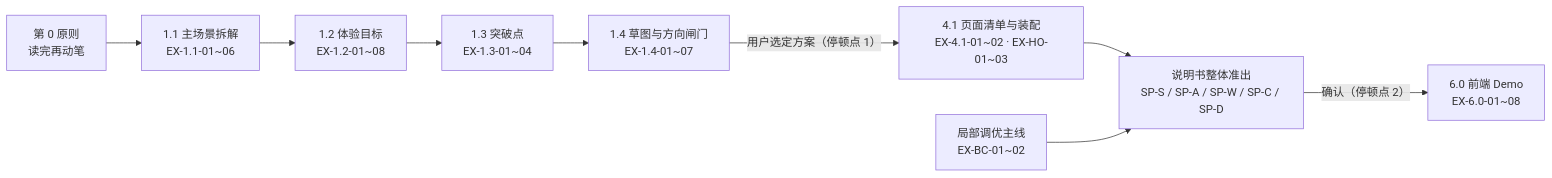
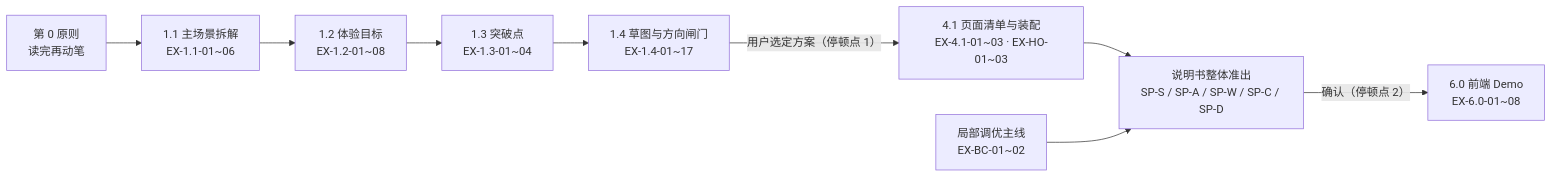
Before and after one commit to wangjue2026/skill-designer-prism: the diagram in 04-workflows-and-cases/准出门禁总表.md, drawn with Mermaid. The commit also changed other lines of this file and 18 other files, not shown here.

First line of the commit message:
feat(handoff): 草图占位升级为可交接契约，门禁贯通到说明书线框

````diff
--- a/04-workflows-and-cases/准出门禁总表.md
+++ b/04-workflows-and-cases/准出门禁总表.md
@@ -19,11 +19,11 @@
 ```mermaid
 graph LR
   R["第 0 原则<br/>读完再动笔"] --> A1["1.1 主场景拆解<br/>EX-1.1-01~06"]
   A1 --> A2["1.2 体验目标<br/>EX-1.2-01~08"]
   A2 --> A3["1.3 突破点<br/>EX-1.3-01~04"]
-  A3 --> A4["1.4 草图与方向闸门<br/>EX-1.4-01~07"]
-  A4 -->|"用户选定方案（停顿点 1）"| A41["4.1 页面清单与装配<br/>EX-4.1-01~02 · EX-HO-01~03"]
+  A3 --> A4["1.4 草图与方向闸门<br/>EX-1.4-01~17"]
+  A4 -->|"用户选定方案（停顿点 1）"| A41["4.1 页面清单与装配<br/>EX-4.1-01~03 · EX-HO-01~03"]
   A41 --> SP["说明书整体准出<br/>SP-S / SP-A / SP-W / SP-C / SP-D"]
   SP -->|"确认（停顿点 2）"| C["6.0 前端 Demo<br/>EX-6.0-01~08"]
   T["局部调优主线<br/>EX-BC-01~02"] --> SP
 ```
````
